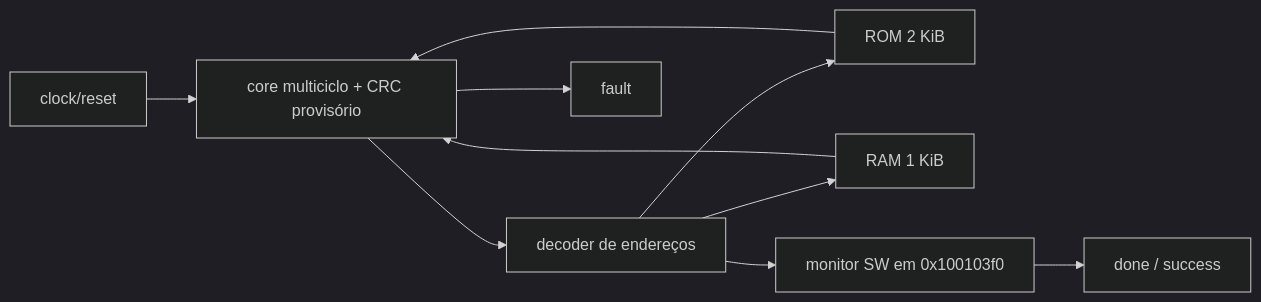
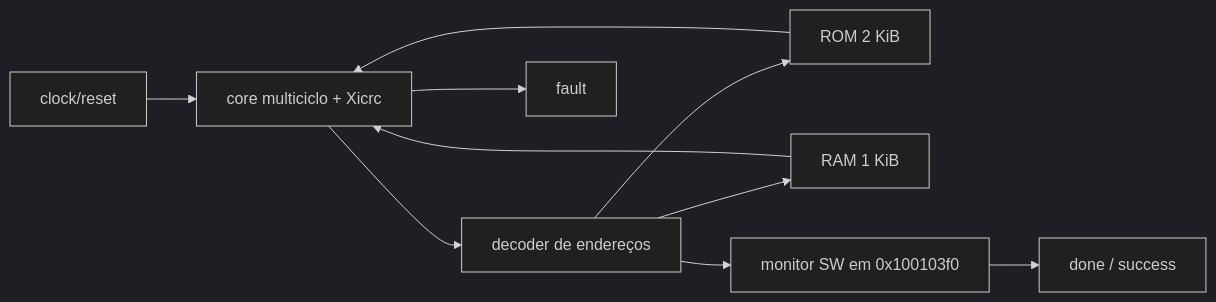
One commit to cmosuea-arch/RV32-multicycle changed the diagram in docs/modules/simple_system.md. Above: the diagram before and after it, drawn with Mermaid (dark theme). The commit also changed other lines of this file and 163 other files, not shown here.

First line of the commit message:
fix(crc): match official Xicrc contract and validate stage 2 firmware

````diff
--- a/docs/modules/simple_system.md
+++ b/docs/modules/simple_system.md
@@ -41,12 +41,12 @@
 ```mermaid
 flowchart LR
- CLK[clock/reset] --> CORE[core multiciclo + CRC provisório]
+ CLK[clock/reset] --> CORE[core multiciclo + Xicrc]
  CORE --> BUS[decoder de endereços]
  BUS --> ROM[ROM 2 KiB]
  BUS --> RAM[RAM 1 KiB]
  ROM --> CORE
  RAM --> CORE
  BUS --> MON[monitor SW em 0x100103f0]
  MON --> DONE[done / success]
  CORE --> FAULT[fault]
 ```
````
